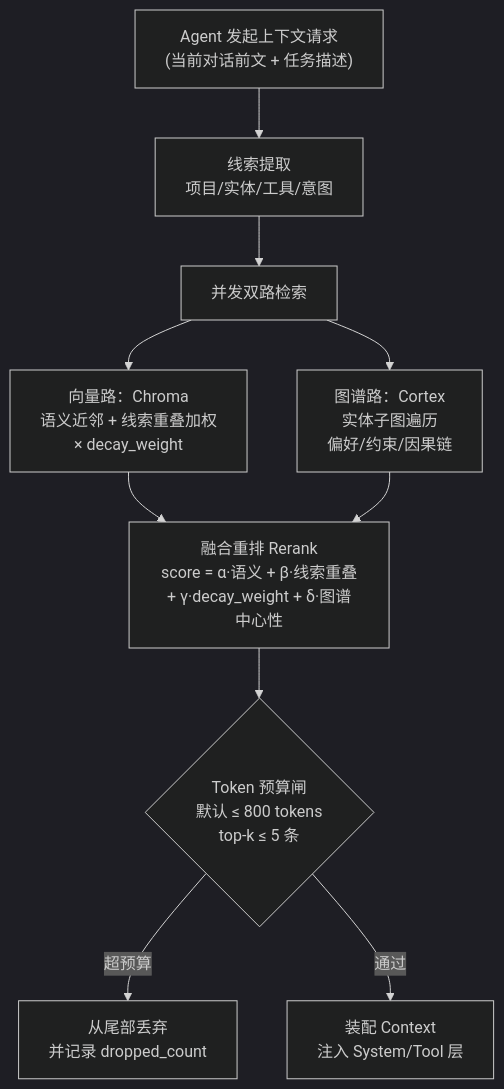
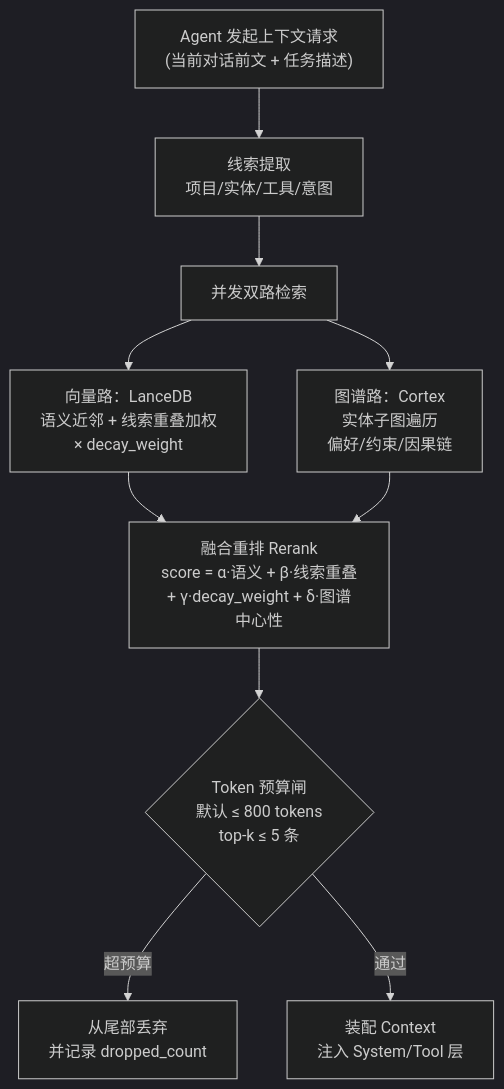
The fourth of 7 diagrams in docs/design/01-记忆管线五阶段.md (MnemoSeed/mnemoseed), drawn with Mermaid (dark theme) before and after one commit. The commit also changed other lines of this file and 3 other files, not shown here.

````diff
--- a/docs/design/01-记忆管线五阶段.md
+++ b/docs/design/01-记忆管线五阶段.md
@@ -186,12 +186,12 @@
 ```mermaid
 flowchart TB
     Req["Agent 发起上下文请求<br/>(当前对话前文 + 任务描述)"] --> Cue["线索提取<br/>项目/实体/工具/意图"]
     Cue --> Par["并发双路检索"]
-    Par --> V["向量路：Chroma<br/>语义近邻 + 线索重叠加权<br/>× decay_weight"]
+    Par --> V["向量路：LanceDB<br/>语义近邻 + 线索重叠加权<br/>× decay_weight"]
     Par --> G["图谱路：Cortex<br/>实体子图遍历<br/>偏好/约束/因果链"]
     V --> Merge["融合重排 Rerank<br/>score = α·语义 + β·线索重叠<br/>+ γ·decay_weight + δ·图谱中心性"]
     G --> Merge
     Merge --> Budget{"Token 预算闸<br/>默认 ≤ 800 tokens<br/>top-k ≤ 5 条"}
     Budget -->|"超预算"| Drop["从尾部丢弃<br/>并记录 dropped_count"]
     Budget -->|"通过"| Out["装配 Context<br/>注入 System/Tool 层"]
 ```
````
